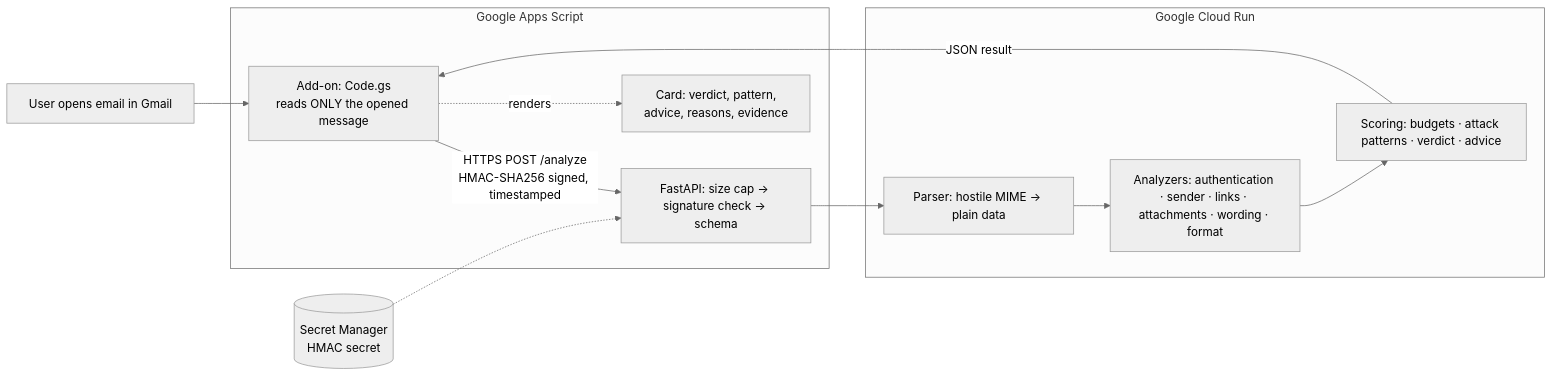
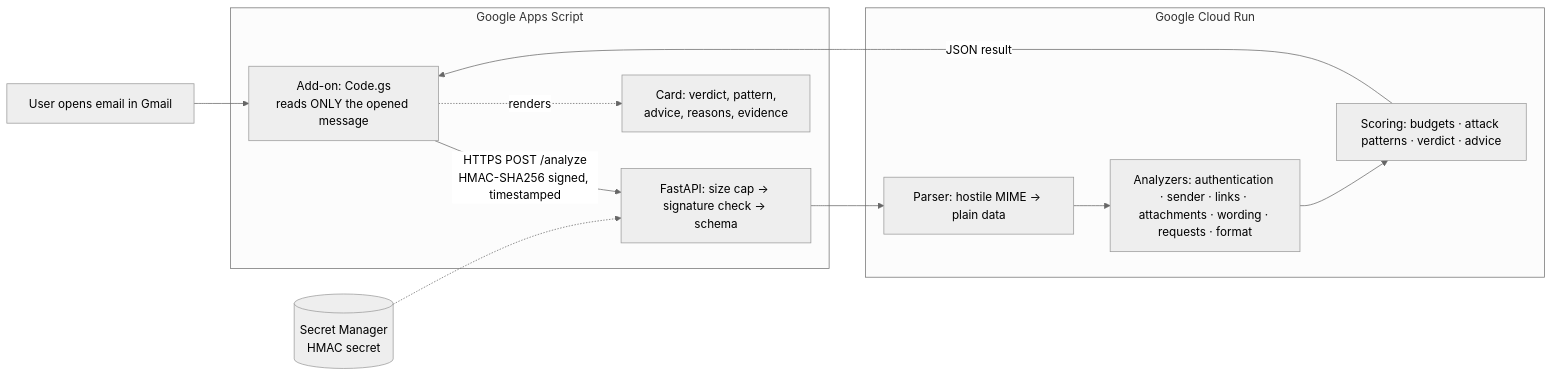
One commit to edenmalka/mailguard-ai changed the diagram in README.md. Above: the diagram before and after it, drawn with Mermaid (neutral theme). The commit also changed other lines of this file and 1 other file, not shown here.

````diff
--- a/README.md
+++ b/README.md
@@ -64,15 +64,15 @@
 ```mermaid
 flowchart LR
     U[User opens email in Gmail] --> A
     subgraph Google Apps Script
       A[Add-on: Code.gs<br/>reads ONLY the opened message] -->|HTTPS POST /analyze<br/>HMAC-SHA256 signed, timestamped| B
       A -.->|renders| C[Card: verdict, pattern,<br/>advice, reasons, evidence]
     end
     subgraph Google Cloud Run
       B[FastAPI: size cap → signature check → schema] --> P[Parser: hostile MIME → plain data]
-      P --> AN[Analyzers: authentication · sender · links · attachments · wording · format]
+      P --> AN[Analyzers: authentication · sender · links · attachments · wording · requests · format]
       AN --> S[Scoring: budgets · attack patterns · verdict · advice]
     end
     SM[(Secret Manager<br/>HMAC secret)] -.-> B
     S -->|JSON result| A
 ```
````
